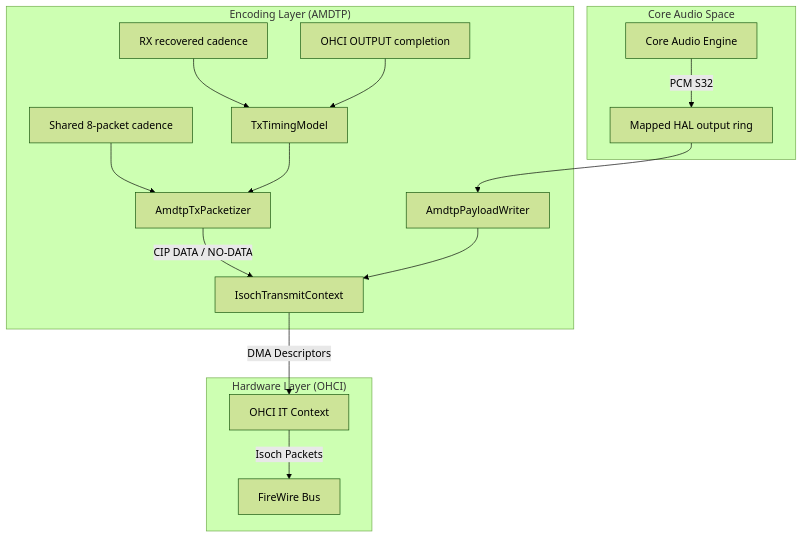
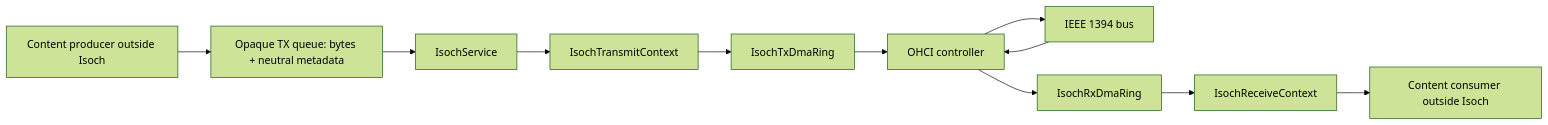
One commit to mrmidi/ASFireWire changed the first of 3 diagrams in ASFWDriver/Isoch/README.md. Above: the diagram before and after it, drawn with Mermaid (forest theme). The commit also changed other lines of this file and 16 other files, not shown here.

First line of the commit message:
refactor(isoch): simplify IsochService and harden Tx/Rx contexts

````diff
--- a/ASFWDriver/Isoch/README.md
+++ b/ASFWDriver/Isoch/README.md
@@ -27,21 +14,16 @@
 ```mermaid
-graph TD
-    subgraph "Core Audio Space"
-        CA["Core Audio Engine"] --> |"PCM S32"| HAL["Mapped HAL output ring"]
-    end
+flowchart LR
+    Producer["Content producer outside Isoch"]
+    TxQueue["Opaque TX queue: bytes + neutral metadata"]
+    Service["IsochService"]
+    TxContext["IsochTransmitContext"]
+    TxRing["IsochTxDmaRing"]
+    Controller["OHCI controller"]
+    Bus["IEEE 1394 bus"]
+    RxRing["IsochRxDmaRing"]
+    RxContext["IsochReceiveContext"]
+    Consumer["Content consumer outside Isoch"]
 
-    subgraph "Encoding Layer (AMDTP)"
-        HAL --> PW["AmdtpPayloadWriter"]
-        BC["Shared 8-packet cadence"] --> PZ["AmdtpTxPacketizer"]
-        RX["RX recovered cadence"] --> TM["TxTimingModel"]
-        FB["OHCI OUTPUT completion"] --> TM
-        TM --> PZ
-        PZ --> |"CIP DATA / NO-DATA"| TXC["IsochTransmitContext"]
-        PW --> TXC
-    end
-
-    subgraph "Hardware Layer (OHCI)"
-        TXC --> |"DMA Descriptors"| OHCI["OHCI IT Context"]
-        OHCI --> |"Isoch Packets"| FW["FireWire Bus"]
-    end
+    Producer --> TxQueue --> Service --> TxContext --> TxRing --> Controller --> Bus
+    Bus --> Controller --> RxRing --> RxContext --> Consumer
 ```
````
